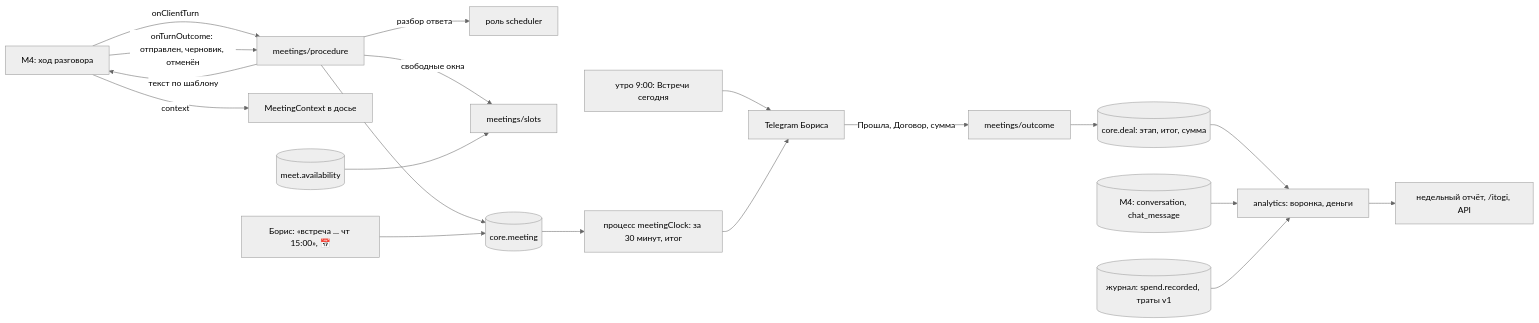
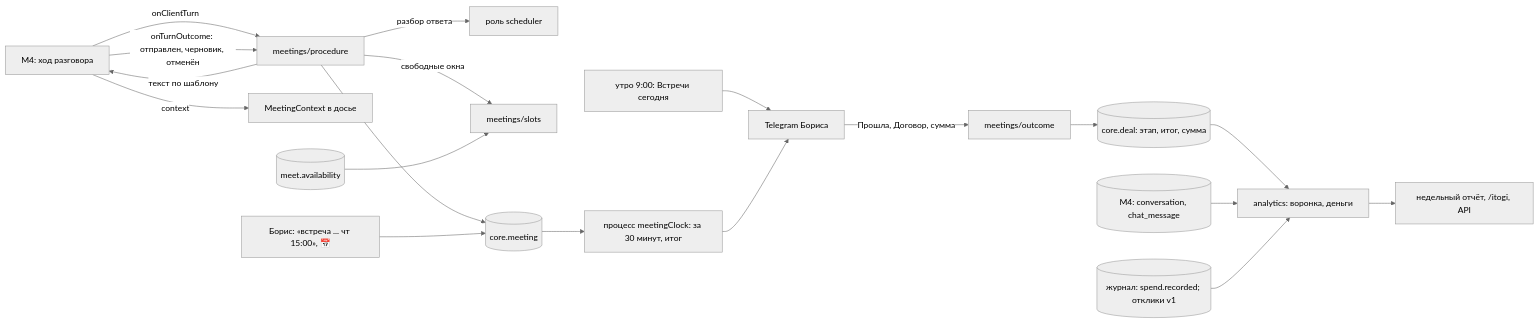
Before and after one commit to natadvn-hance/sara: the diagram in docs/superpowers/specs/2026-10-25-m6-meetings-design.md, drawn with Mermaid (neutral theme). The commit also changed other lines of this file and 4 other files, not shown here.

````diff
--- a/docs/superpowers/specs/2026-10-25-m6-meetings-design.md
+++ b/docs/superpowers/specs/2026-10-25-m6-meetings-design.md
@@ -87,21 +89,21 @@
 ```mermaid
 flowchart LR
   turn[M4: ход разговора] -- onClientTurn --> proc[meetings/procedure]
   proc -- текст по шаблону --> turn
   turn -- onTurnOutcome: отправлен, черновик, отменён --> proc
   turn -- context --> ctx[MeetingContext в досье]
   proc -- разбор ответа --> sched[роль scheduler]
   proc -- свободные окна --> slots[meetings/slots]
   av[(meet.availability)] --> slots
   proc --> mt[(core.meeting)]
   mark[Борис: «встреча ... чт 15:00», 📅] --> mt
   mt --> clock[процесс meetingClock: за 30 минут, итог]
   digest[утро 9:00: Встречи сегодня] --> tg[Telegram Бориса]
   clock --> tg
   tg -- Прошла, Договор, сумма --> outcome[meetings/outcome]
   outcome --> deal[(core.deal: этап, итог, сумма)]
   deal --> anl[analytics: воронка, деньги]
   conv[(M4: conversation, chat_message)] --> anl
-  spend[(журнал: spend.recorded, траты v1)] --> anl
+  spend[(журнал: spend.recorded; отклики v1)] --> anl
   anl --> week[недельный отчёт, /itogi, API]
 ```
````
